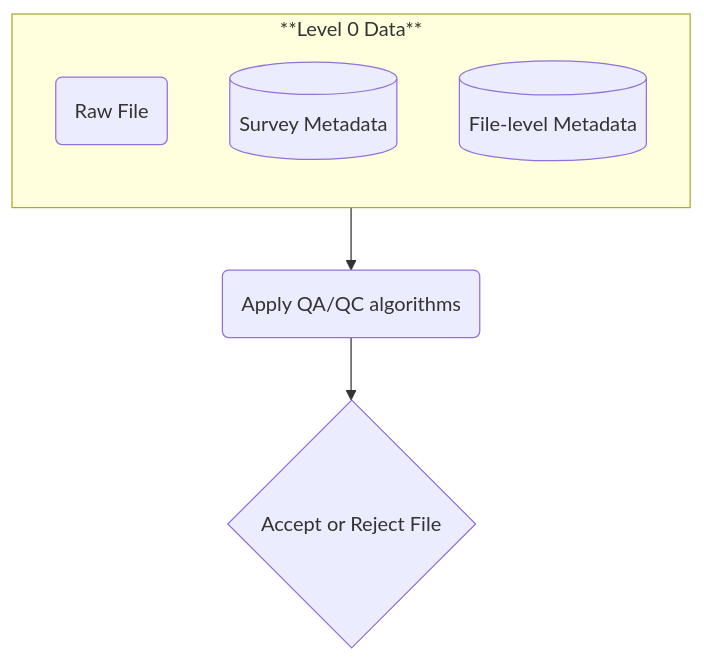
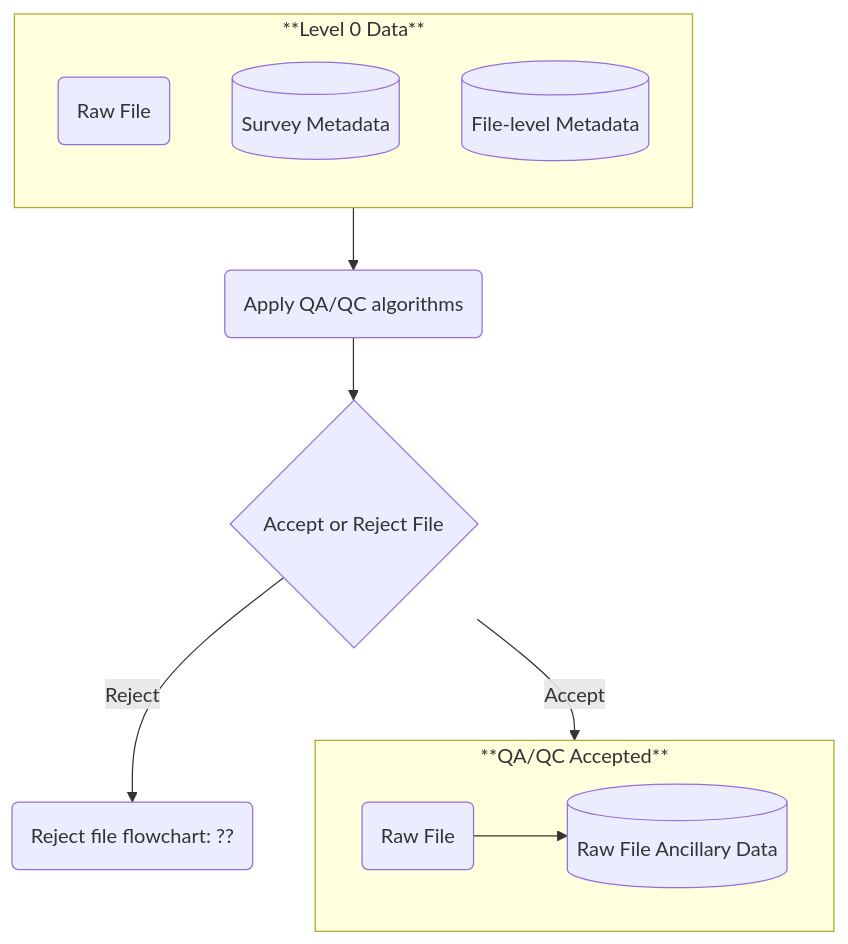
The second of 2 diagrams in README.md (nmfs-ost/AA-SI_DataRoadMap), drawn with Mermaid before and after one commit. The commit also changed other lines of this file, not shown here.

Commit message:
add L1 accept/reject decision

````diff
--- a/README.md
+++ b/README.md
@@ -78,12 +78,19 @@
 ```mermaid
 flowchart TB
-    subgraph L0Data["**Level 0 Data**"]
+    subgraph SG_L0Data["**Level 0 Data**"]
         direction TB
-        idL0RD@{ shape: rounded, label: "Raw File" }
-        idL0SMD@{ shape: database, label: "Survey Metadata" }
-        idRFMD@{ shape: database, label: "File-level Metadata" }
+        node_L0RF@{ shape: rounded, label: "Raw File" }
+        node_L0SMD@{ shape: database, label: "Survey Metadata" }
+        node_RFMD@{ shape: database, label: "File-level Metadata" }
     end
-L0Data --> idQAQC@{ shape: rounded, label: "Apply QA/QC algorithms" }
-idQAQC --> idAcceptReject@{ shape: diamond, label: "Accept or Reject File" }
+    subgraph SG_AcceptFile["**QA/QC Accepted**"]
+        direction LR
+        node_L0RF1@{ shape: rounded, label: "Raw File" } --> node_RFAD@{ shape: database, label: "Raw File Ancillary Data" }
+    end
+SG_L0Data --> node_QAQC@{ shape: rounded, label: "Apply QA/QC algorithms" }
+node_QAQC --> node_AcceptReject@{ shape: diamond, label: "Accept or Reject File" }
+node_AcceptReject --> |Accept| SG_AcceptFile
+node_AcceptReject --> |Reject| node_Reject@{ shape: rounded, label: "Reject file flowchart: ??" }
+
 
 ```
````
